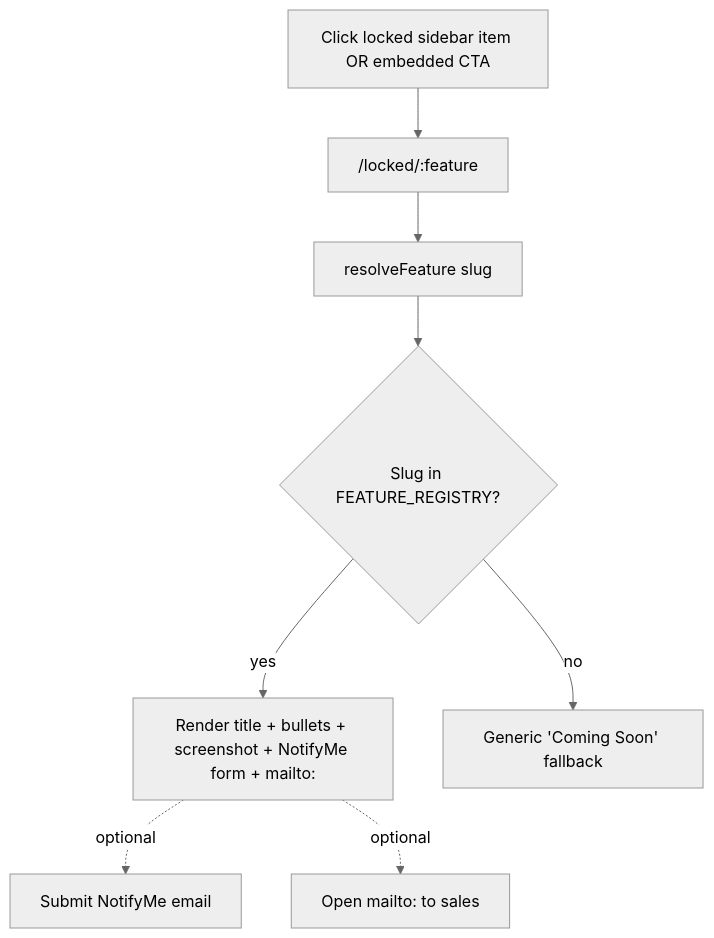
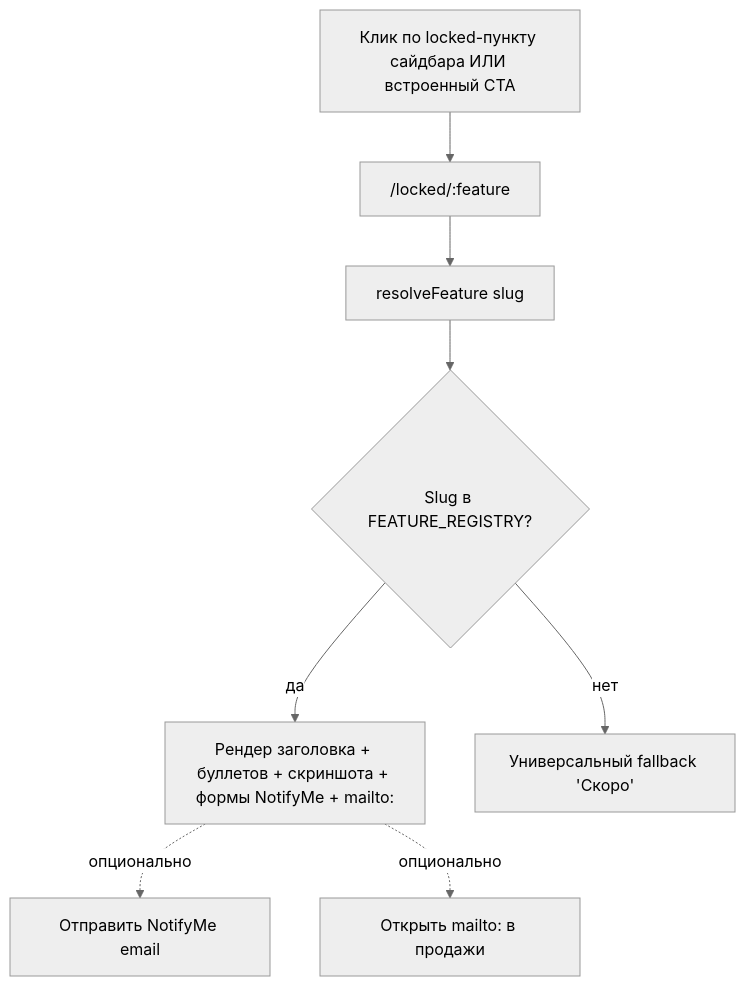
One commit to SardorAllaberganov/unipay-dashboard changed the third of 19 diagrams in docs/USER_FLOWS_BY_ROLE.md. Above: the diagram before and after it, drawn with Mermaid (neutral theme). The commit also changed other lines of this file and 1 other file, not shown here.

First line of the commit message:
docs: translate IA + role-flow docs to Russian

````diff
--- a/docs/USER_FLOWS_BY_ROLE.md
+++ b/docs/USER_FLOWS_BY_ROLE.md
@@ -149,10 +149,10 @@
 ```mermaid
 flowchart TD
-  A[Click locked sidebar item OR embedded CTA] --> B["/locked/:feature"]
+  A[Клик по locked-пункту сайдбара ИЛИ встроенный CTA] --> B["/locked/:feature"]
   B --> C[resolveFeature slug]
-  C --> D{Slug in FEATURE_REGISTRY?}
-  D -->|yes| E["Render title + bullets + screenshot + NotifyMe form + mailto:"]
-  D -->|no| F["Generic 'Coming Soon' fallback"]
-  E -.optional.-> G[Submit NotifyMe email]
-  E -.optional.-> H["Open mailto: to sales"]
+  C --> D{Slug в FEATURE_REGISTRY?}
+  D -->|да| E["Рендер заголовка + буллетов + скриншота + формы NotifyMe + mailto:"]
+  D -->|нет| F["Универсальный fallback 'Скоро'"]
+  E -.опционально.-> G[Отправить NotifyMe email]
+  E -.опционально.-> H["Открыть mailto: в продажи"]
 ```
````
